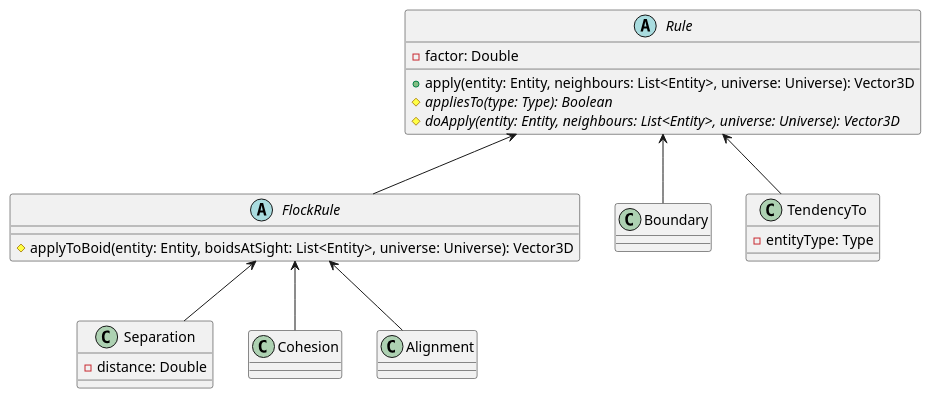
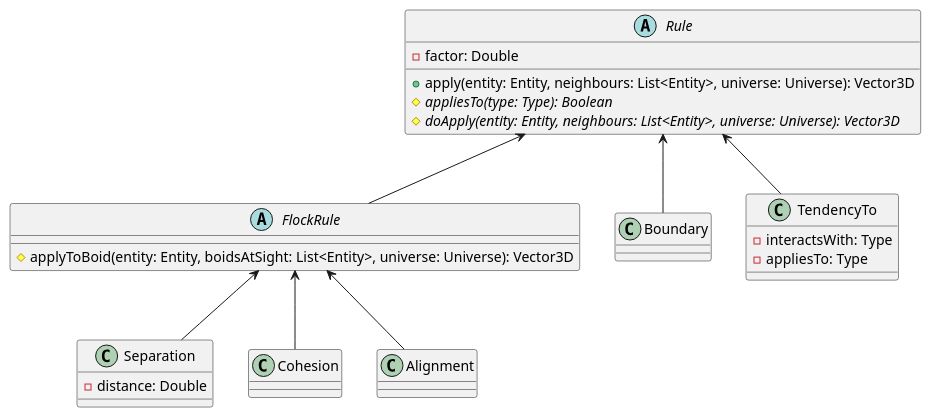
Before and after one commit to jporsay/boids: the diagram in docs/uml/rules.puml, drawn with PlantUML. The commit also changed 2 other files, not shown here.

```diff
--- a/docs/uml/rules.puml
+++ b/docs/uml/rules.puml
@@ -1,35 +1,36 @@
 @startuml
 
 abstract class Rule {
     - factor: Double
     + apply(entity: Entity, neighbours: List<Entity>, universe: Universe): Vector3D
     # {abstract} appliesTo(type: Type): Boolean
     # {abstract} doApply(entity: Entity, neighbours: List<Entity>, universe: Universe): Vector3D
 }
 
 abstract class FlockRule {
     # applyToBoid(entity: Entity, boidsAtSight: List<Entity>, universe: Universe): Vector3D
 }
 
 class Separation {
     - distance: Double
 }
 
 class Cohesion
 
 class Boundary
 
 class Alignment
 
 class TendencyTo {
-    - entityType: Type
+    - interactsWith: Type
+    - appliesTo: Type
 }
 
 FlockRule -up-> Rule
 TendencyTo -up-> Rule
 Boundary -up-> Rule
 Cohesion -up-> FlockRule
 Separation -up-> FlockRule
 Alignment -up-> FlockRule
 
 @enduml
```
